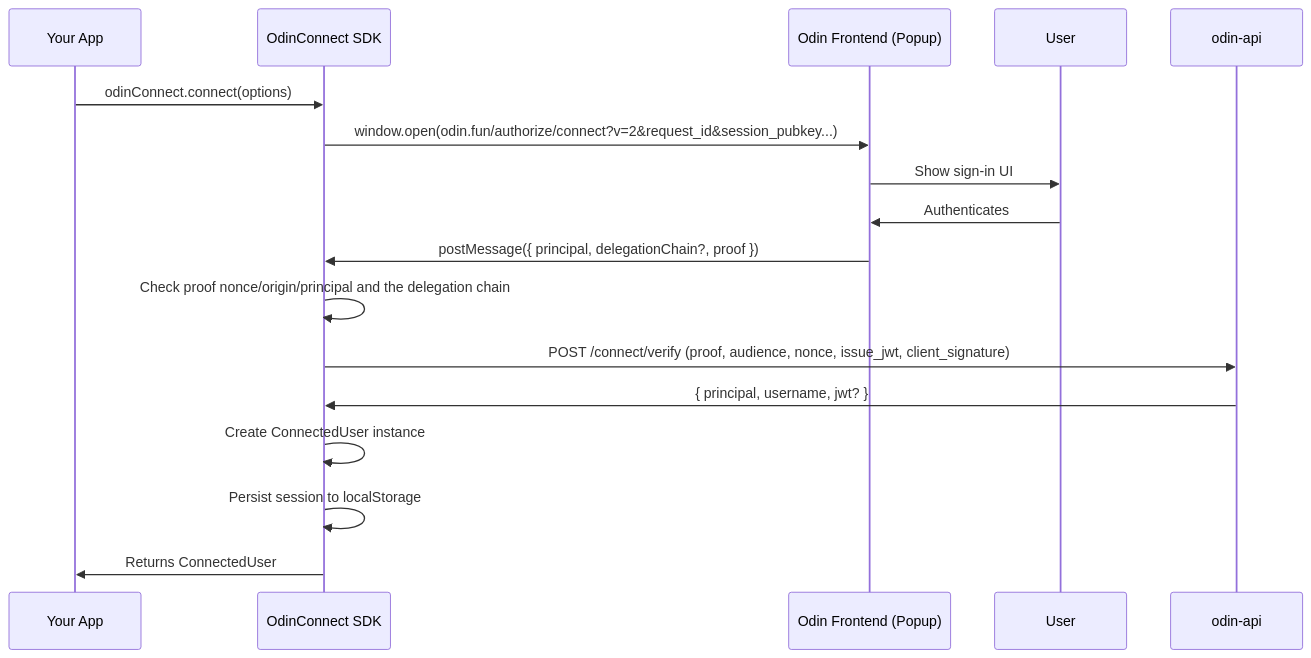
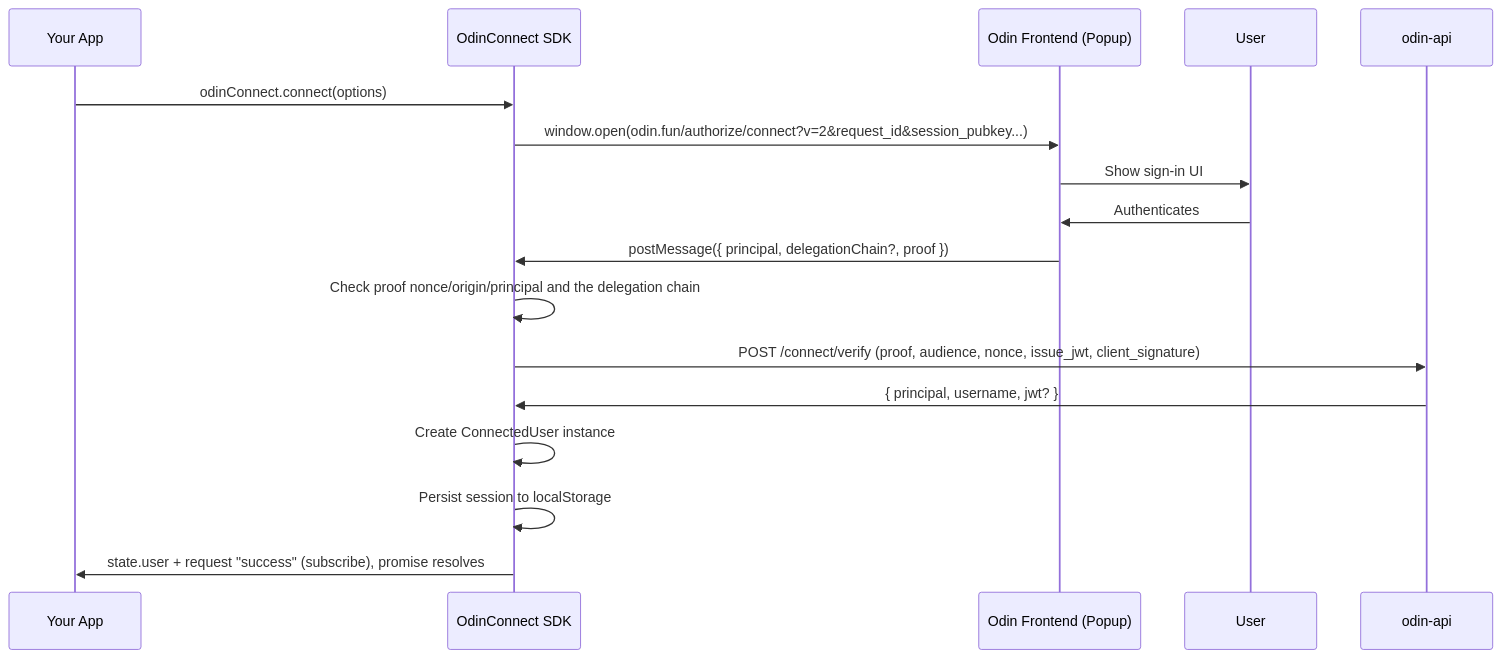
The second of 4 diagrams in readme.md (Toniq-Labs/odin-connect), drawn with Mermaid before and after one commit. The commit also changed other lines of this file and 19 other files, not shown here.

````diff
--- a/readme.md
+++ b/readme.md
@@ -85,21 +87,21 @@
 ```mermaid
 sequenceDiagram
     participant App as Your App
     participant SDK as OdinConnect SDK
     participant Popup as Odin Frontend (Popup)
     participant User as User
 
     participant API as odin-api
 
     App->>SDK: odinConnect.connect(options)
     SDK->>Popup: window.open(odin.fun/authorize/connect?v=2&request_id&session_pubkey...)
     Popup->>User: Show sign-in UI
     User->>Popup: Authenticates
     Popup->>SDK: postMessage({ principal, delegationChain?, proof })
     SDK->>SDK: Check proof nonce/origin/principal and the delegation chain
     SDK->>API: POST /connect/verify (proof, audience, nonce, issue_jwt, client_signature)
     API->>SDK: { principal, username, jwt? }
     SDK->>SDK: Create ConnectedUser instance
     SDK->>SDK: Persist session to localStorage
-    SDK->>App: Returns ConnectedUser
+    SDK->>App: state.user + request "success" (subscribe), promise resolves
 ```
````
